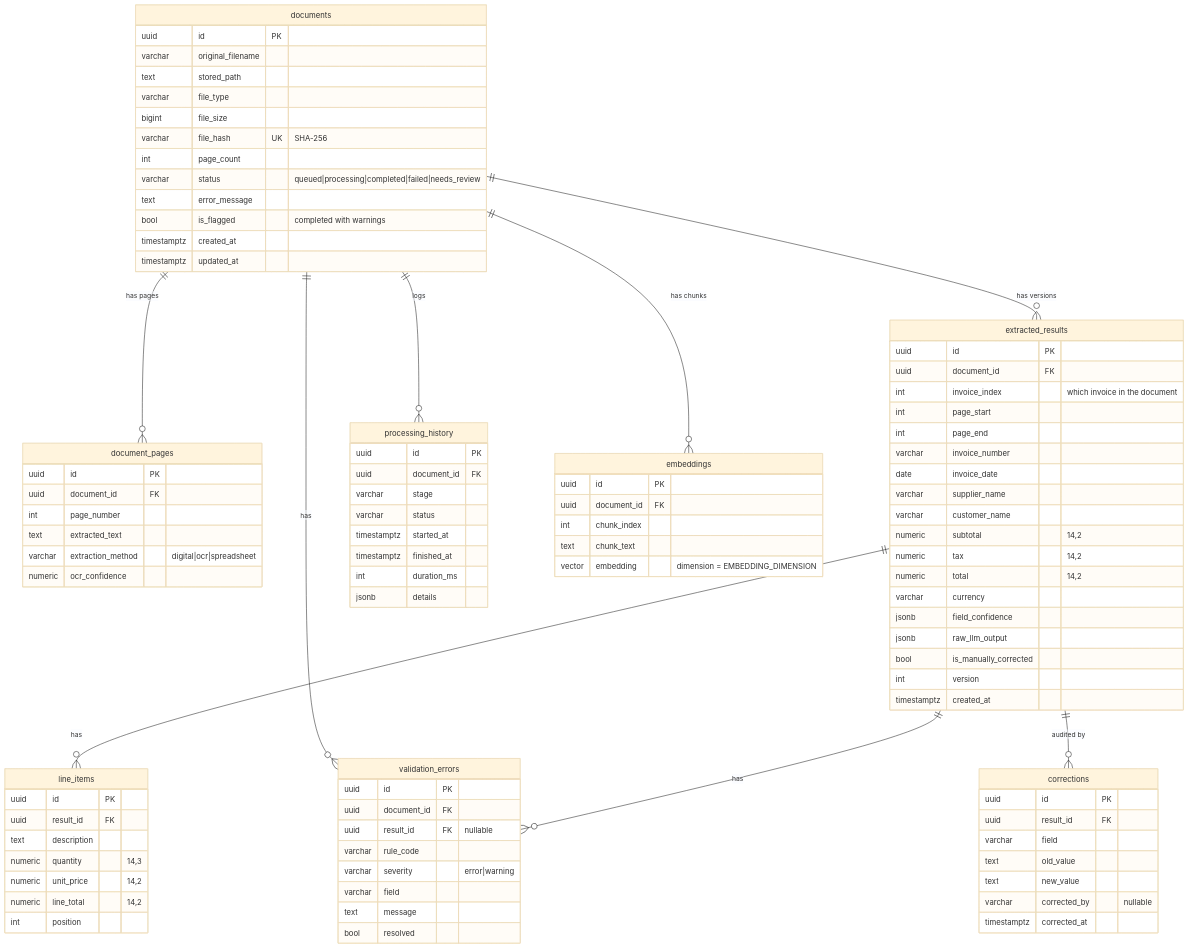
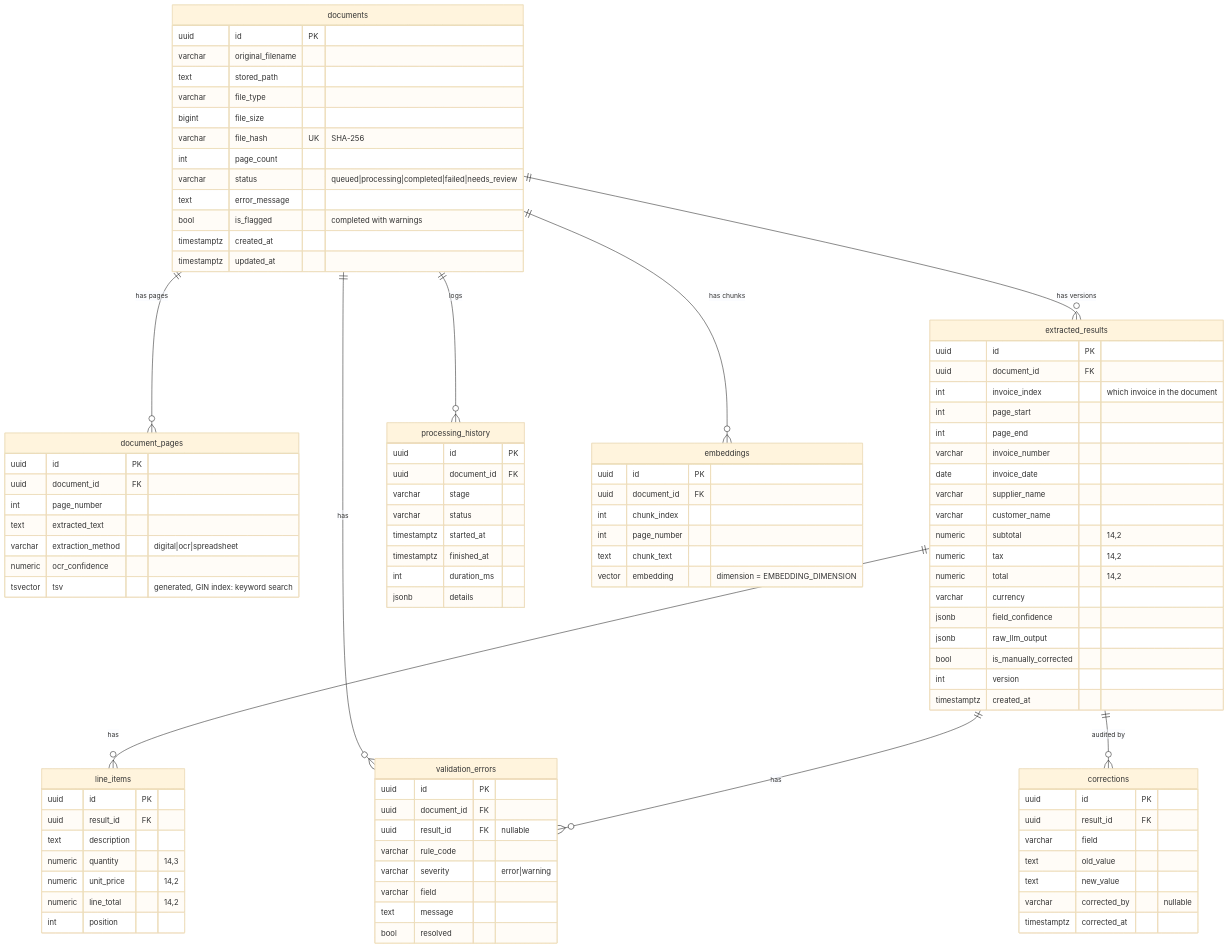
One commit to rafshedul/Document-Intelligence-System changed the diagram in docs/database_schema.md. Above: the diagram before and after it, drawn with Mermaid (base theme). The commit also changed other lines of this file and 18 other files, not shown here.

First line of the commit message:
Add search: keyword (full-text), semantic (pgvector), hybrid (RRF)

```diff
--- a/docs/database_schema.md
+++ b/docs/database_schema.md
@@ -36,6 +36,7 @@
         text extracted_text
         varchar extraction_method "digital|ocr|spreadsheet"
         numeric ocr_confidence
+        tsvector tsv "generated, GIN index: keyword search"
     }
     extracted_results {
         uuid id PK
@@ -99,6 +100,7 @@
         uuid id PK
         uuid document_id FK
         int chunk_index
+        int page_number
         text chunk_text
         vector embedding "dimension = EMBEDDING_DIMENSION"
     }
```
